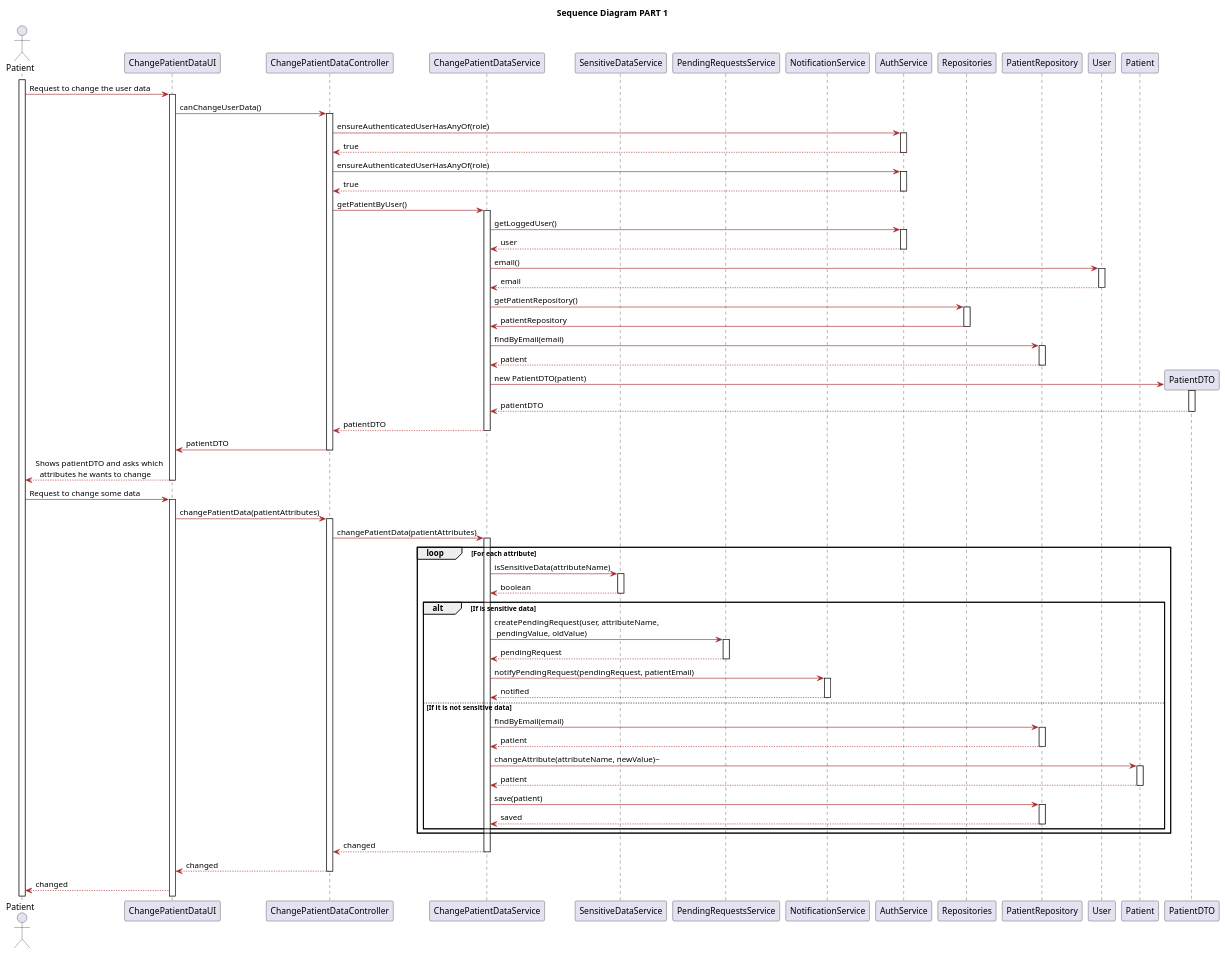
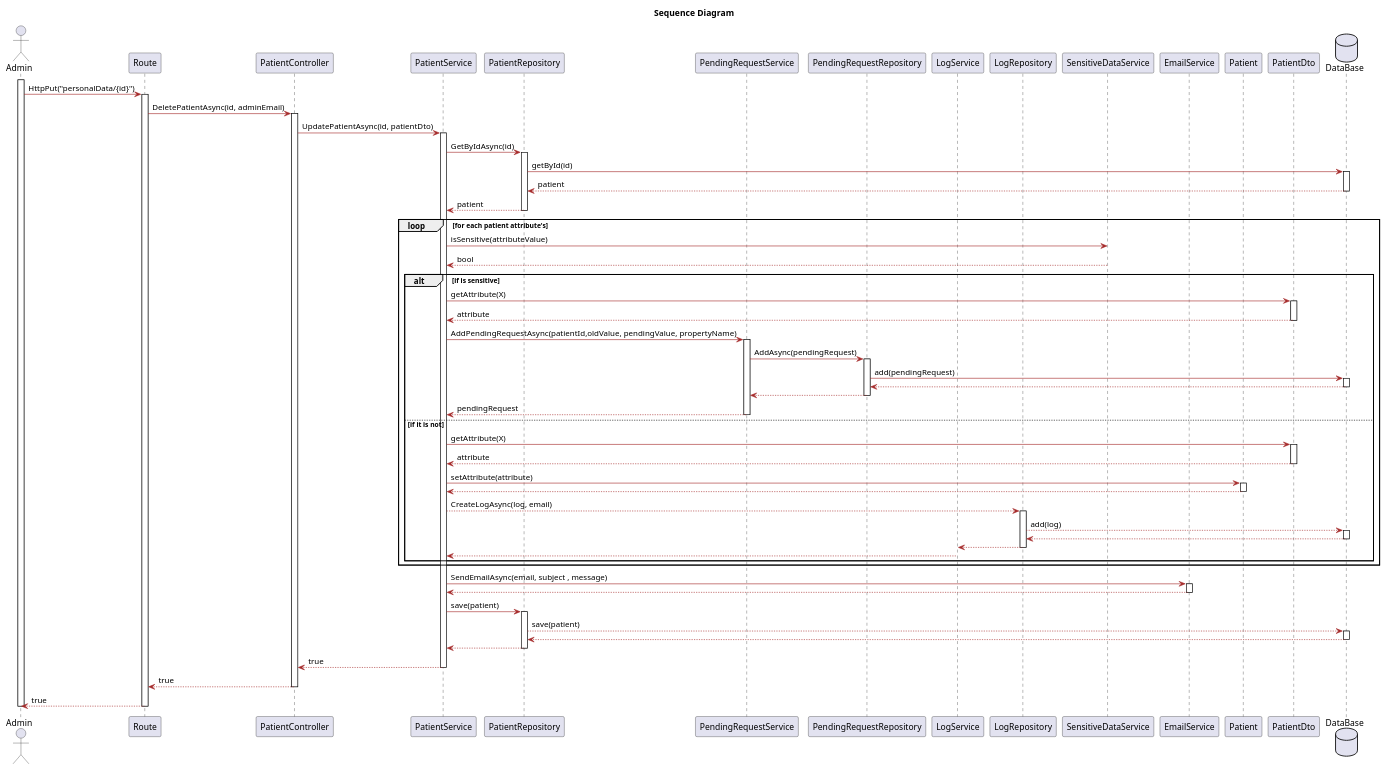
Before and after one commit to LAPR5-043/sem_5_24_25_043: the diagram in Docs/Sprint1/UserStories/LAPR5/us514/design/puml/sequence-diagram-part1.puml, drawn with PlantUML. The commit also changed 14 other files, not shown here.

```diff
--- a/Docs/Sprint1/UserStories/LAPR5/us514/design/puml/sequence-diagram-part1.puml
+++ b/Docs/Sprint1/UserStories/LAPR5/us514/design/puml/sequence-diagram-part1.puml
@@ -1,141 +1,147 @@
 @startuml
-title Sequence Diagram PART 1
+title Sequence Diagram 
 skinparam classAttributeIconSize 0
 
 skinparam class {
     LifeLineBorderColor DodgerBlue
     LifeLineBackgroundColor APPLICATION
     BackgroundColor LemonChiffon
     ArrowColor Brown
     BorderColor SaddleBrown
 }
 
 skinparam packageStyle rectangle
 
 skinparam card {
     LifeLineBorderColor DodgerBlue
     LifeLineBackgroundColor APPLICATION
     BackgroundColor LemonChiffon
     ArrowColor Brown
     BorderColor SaddleBrown
 }
 
-actor Patient
-participant "ChangePatientDataUI" as UI
-participant "ChangePatientDataController" as Controller
-participant "ChangePatientDataService" as userS
-participant "SensitiveDataService" as service
-participant "PendingRequestsService" as serviceRequest
-participant "NotificationService" as serviceNote
-participant "AuthService" as auth
-participant "Repositories" as Repositories
-participant "PatientRepository" as patientR
-participant "User" as USER
-participant "Patient" as patient
+actor Admin
+participant "Route" as UI
+participant "PatientController" as Controller
+participant "PatientService" as userS
+participant "PatientRepository" as userR
+participant "PendingRequestService" as penS
+participant "PendingRequestRepository" as penR
+participant "LogService" as LogS
+participant "LogRepository" as LogR
+participant "SensitiveDataService" as sensS
+participant "EmailService" as emailS
+participant "Patient" as user
+participant "PatientDto" as userDto
+database "DataBase" as db
 
-participant "PatientDTO" as patientDTO
+activate Admin
+Admin -> UI: HttpPut("personalData/{id}")
+activate UI
+UI -> Controller: DeletePatientAsync(id, adminEmail)
+activate Controller
+Controller -> userS : UpdatePatientAsync(id, patientDto)
+activate userS
+userS -> userR : GetByIdAsync(id)
+activate userR 
+userR -> db : getById(id)
+activate db
+db --> userR: patient
+deactivate db
+userR --> userS: patient
+deactivate userR
 
-
-activate Patient
-Patient -> UI: Request to change the user data
-activate UI
-UI -> Controller: canChangeUserData()
-activate Controller
-Controller -> auth: ensureAuthenticatedUserHasAnyOf(role)
-activate auth
-auth --> Controller:  true
-deactivate auth
-
-Controller -> auth: ensureAuthenticatedUserHasAnyOf(role)
-activate auth
-auth --> Controller:  true
-deactivate auth
-Controller -> userS : getPatientByUser()
-activate userS
-userS -> auth : getLoggedUser()
-activate auth
-auth --> userS : user
-deactivate auth
-userS -> USER : email()
-activate USER
-USER --> userS : email
-deactivate USER
-userS ->Repositories : getPatientRepository()
-activate Repositories
-Repositories -> userS : patientRepository
-deactivate Repositories
-userS -> patientR : findByEmail(email)
-activate patientR
-patientR --> userS : patient
-deactivate patientR
-userS -> patientDTO** : new PatientDTO(patient)
-activate patientDTO
-patientDTO --> userS : patientDTO
-deactivate patientDTO
-userS --> Controller : patientDTO
-deactivate userS
-Controller -> UI : patientDTO
-deactivate Controller
-UI --> Patient : Shows patientDTO and asks which \n  attributes he wants to change
-deactivate UI
-Patient -> UI : Request to change some data
-activate UI
-UI -> Controller : changePatientData(patientAttributes)
-activate Controller
-Controller -> userS : changePatientData(patientAttributes)
-activate userS
-loop For each attribute 
-userS -> service : isSensitiveData(attributeName)
-activate service
-service --> userS : boolean
-deactivate service
-alt If is sensitive data
-userS -> serviceRequest : createPendingRequest(user, attributeName, \n pendingValue, oldValue)
-activate serviceRequest
-serviceRequest --> userS : pendingRequest
-deactivate serviceRequest
-userS -> serviceNote : notifyPendingRequest(pendingRequest, patientEmail)
-activate serviceNote
-serviceNote --> userS : notified
-deactivate serviceNote
-
-else If it is not sensitive data
-userS -> patientR : findByEmail(email)
-activate patientR
-patientR --> userS : patient
-deactivate patientR
-userS -> patient : changeAttribute(attributeName, newValue)~
-activate patient
-patient --> userS : patient
-deactivate patient
-userS -> patientR : save(patient)
-activate patientR
-patientR --> userS : saved
-deactivate patientR
-end
-end
-userS --> Controller : changed
-deactivate userS
-Controller --> UI : changed
-deactivate Controller
-UI --> Patient : changed
+loop for each patient attribute's
+userS -> sensS: isSensitive(attributeValue)
+sensS --> userS : bool
+deactivate sensS
 
 
 
+alt if is sensitive
+
+userS -> userDto: getAttribute(X)
+activate userDto
+userDto --> userS: attribute
+deactivate userDto
+userS -> penS: AddPendingRequestAsync(patientId,oldValue, pendingValue, propertyName)
+activate penS
+penS -> penR : AddAsync(pendingRequest)
+activate penR
+penR -> db : add(pendingRequest)
+activate db
+db --> penR
+deactivate db
+penR --> penS 
+deactivate penR
+penS --> userS : pendingRequest
+deactivate penS
+else if it is not
+
+userS -> userDto: getAttribute(X)
+activate userDto
+userDto --> userS: attribute
+deactivate userDto
+userS -> user : setAttribute(attribute)
+activate user 
+user --> userS 
+deactivate user
+userS --> LogR : CreateLogAsync(log, email)
+activate LogR
+LogR --> db : add(log)
+activate db 
+db --> LogR 
+deactivate db
+LogR --> LogS
+deactivate LogR
+LogS --> userS
+deactivate LogS
+end
+
+
+
+end
+
+userS -> emailS : SendEmailAsync(email, subject , message)
+activate  emailS
+emailS --> userS 
+deactivate emailS 
+
+userS -> userR: save(patient)
+activate userR 
+userR --> db : save(patient)
+activate db 
+db --> userR 
+deactivate db
+userR--> userS 
+deactivate userR
+
+
+
+
+
+
+userS --> Controller : true
+deactivate userS 
+Controller --> UI : true
+deactivate Controller 
+UI --> Admin : true
+deactivate UI
+deactivate Admin
 
 
 
 
 
 
 
 
 
 
 
 
 
 
 
 
 @enduml
```
